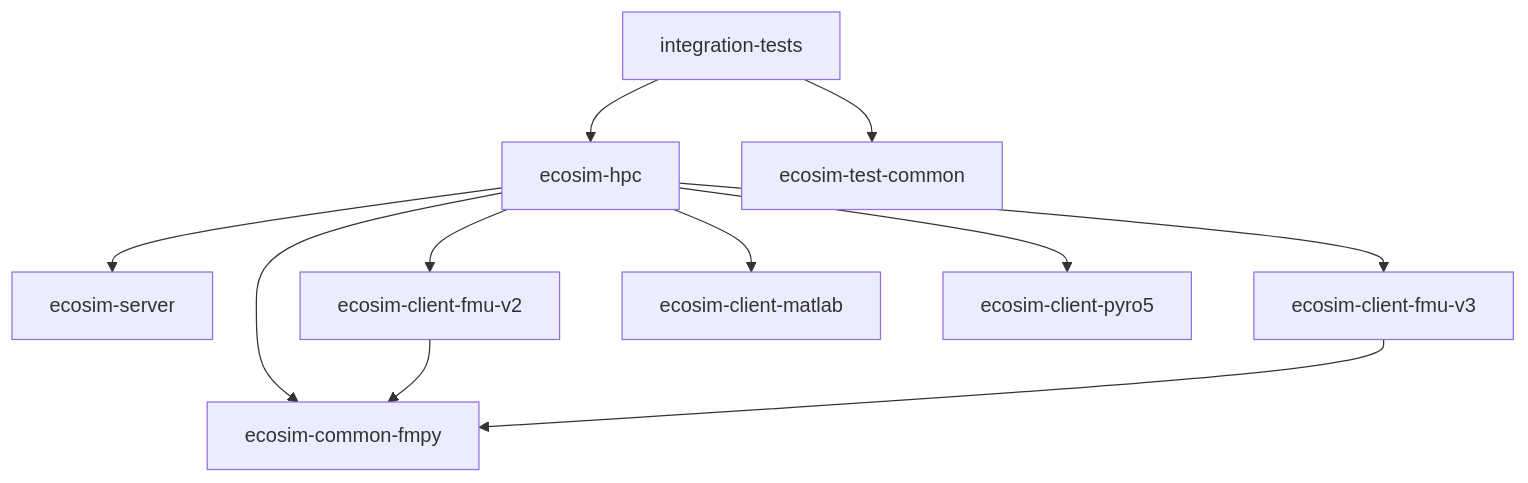
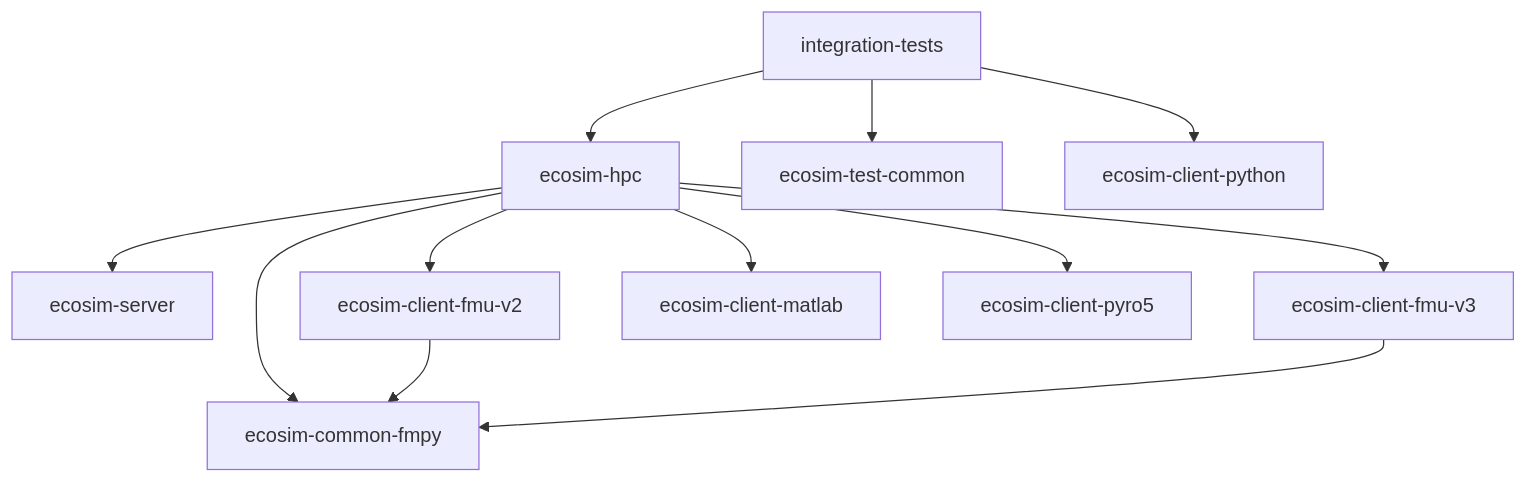
Before and after one commit to KIT-IAI-ESA/eCoSim: the diagram in docs/content/development/architecture.md, drawn with Mermaid. The commit also changed other lines of this file and 46 other files, not shown here.

Commit message:
feat: add ecosim-client-python for Python models without Pyro5

````diff
--- a/docs/content/development/architecture.md
+++ b/docs/content/development/architecture.md
@@ -26,13 +27,14 @@
 ```mermaid
 flowchart TD
   tests[integration-tests] --> hpc[ecosim-hpc]
   tests --> testcommon[ecosim-test-common]
+  tests --> python[ecosim-client-python]
   hpc --> server[ecosim-server]
   hpc --> fmu2[ecosim-client-fmu-v2]
   hpc --> fmu3[ecosim-client-fmu-v3]
   hpc --> matlab[ecosim-client-matlab]
   hpc --> pyro[ecosim-client-pyro5]
   hpc --> fmpy[ecosim-common-fmpy]
   fmu2 --> fmpy
   fmu3 --> fmpy
 ```
````
